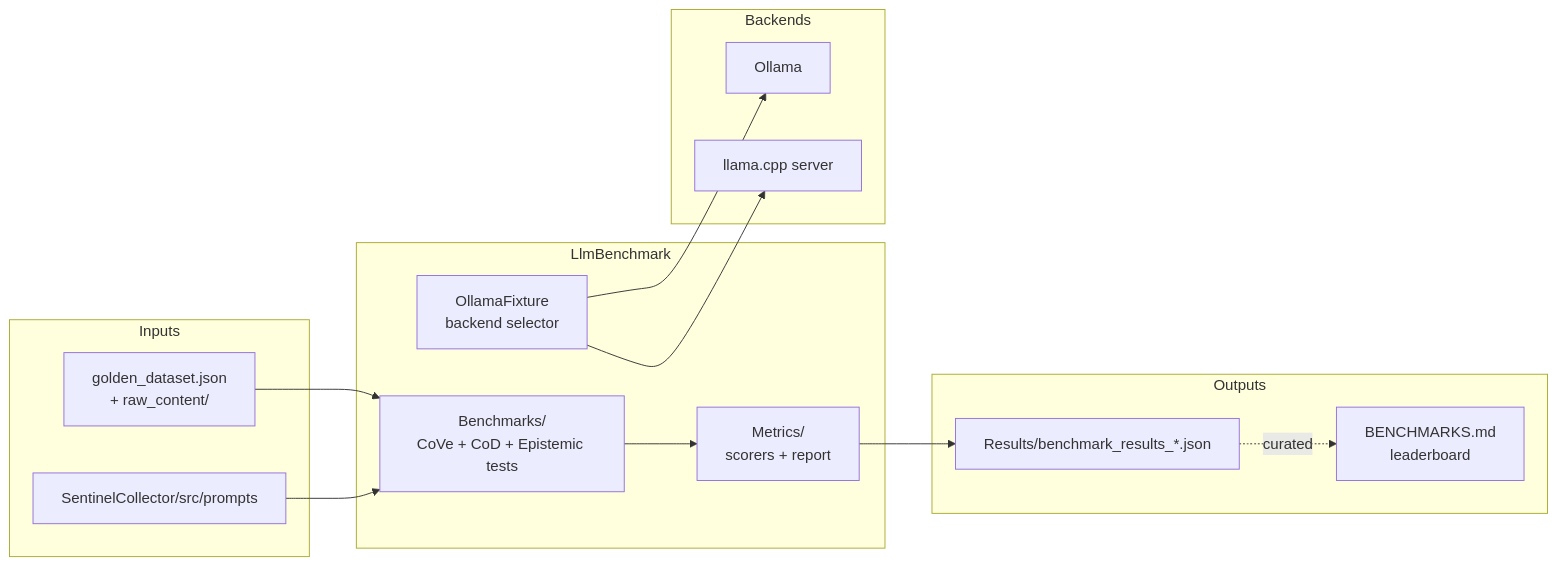
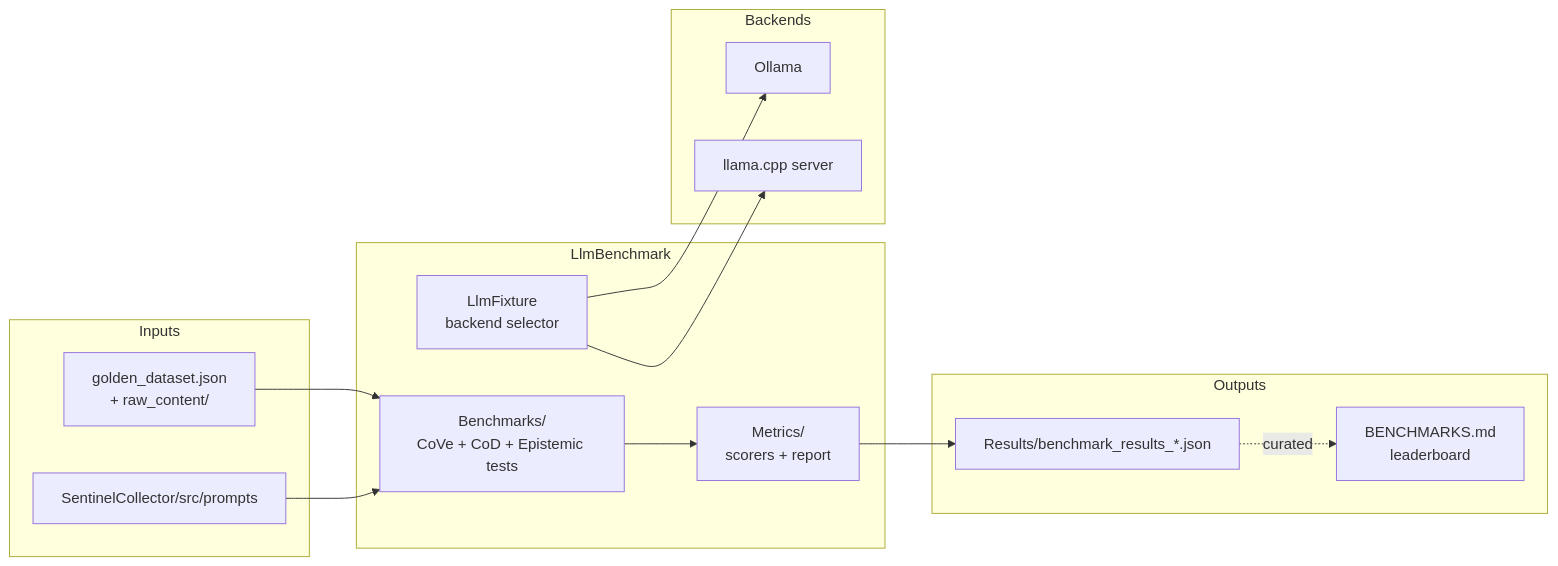
The diagram in LlmBenchmark/README.md (jpansarasa/ATLAS-Docs), drawn with Mermaid before and after one commit. The commit also changed other lines of this file, not shown here.

````diff
--- a/LlmBenchmark/README.md
+++ b/LlmBenchmark/README.md
@@ -11,31 +11,31 @@
 ```mermaid
 flowchart LR
     subgraph Inputs
         GD[golden_dataset.json<br/>+ raw_content/]
         PR[SentinelCollector/src/prompts]
     end
 
     subgraph LlmBenchmark
-        FX[OllamaFixture<br/>backend selector]
+        FX[LlmFixture<br/>backend selector]
         BM[Benchmarks/<br/>CoVe + CoD + Epistemic tests]
         SC[Metrics/<br/>scorers + report]
     end
 
     subgraph Backends
         OL[Ollama]
         LC[llama.cpp server]
     end
 
     subgraph Outputs
         RJ[Results/benchmark_results_*.json]
         LD[BENCHMARKS.md<br/>leaderboard]
     end
 
     GD --> BM
     PR --> BM
     FX --> OL
     FX --> LC
     BM --> SC
     SC --> RJ
     RJ -.curated.-> LD
 ```
````
